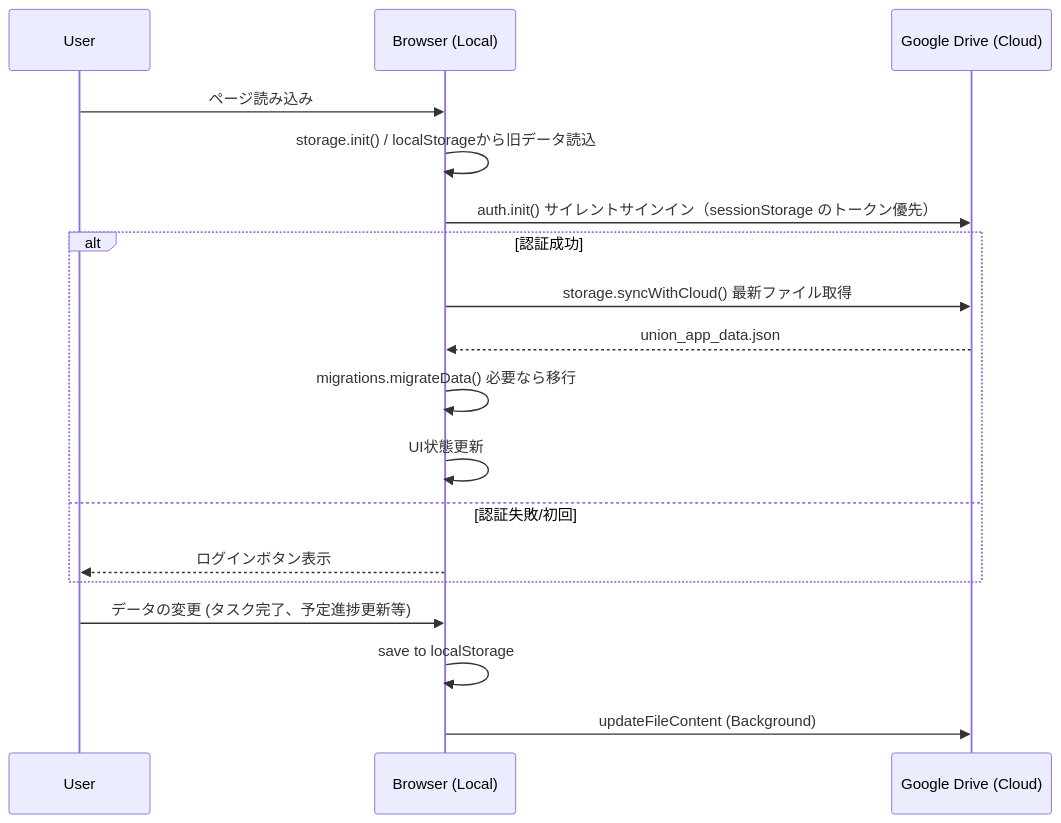
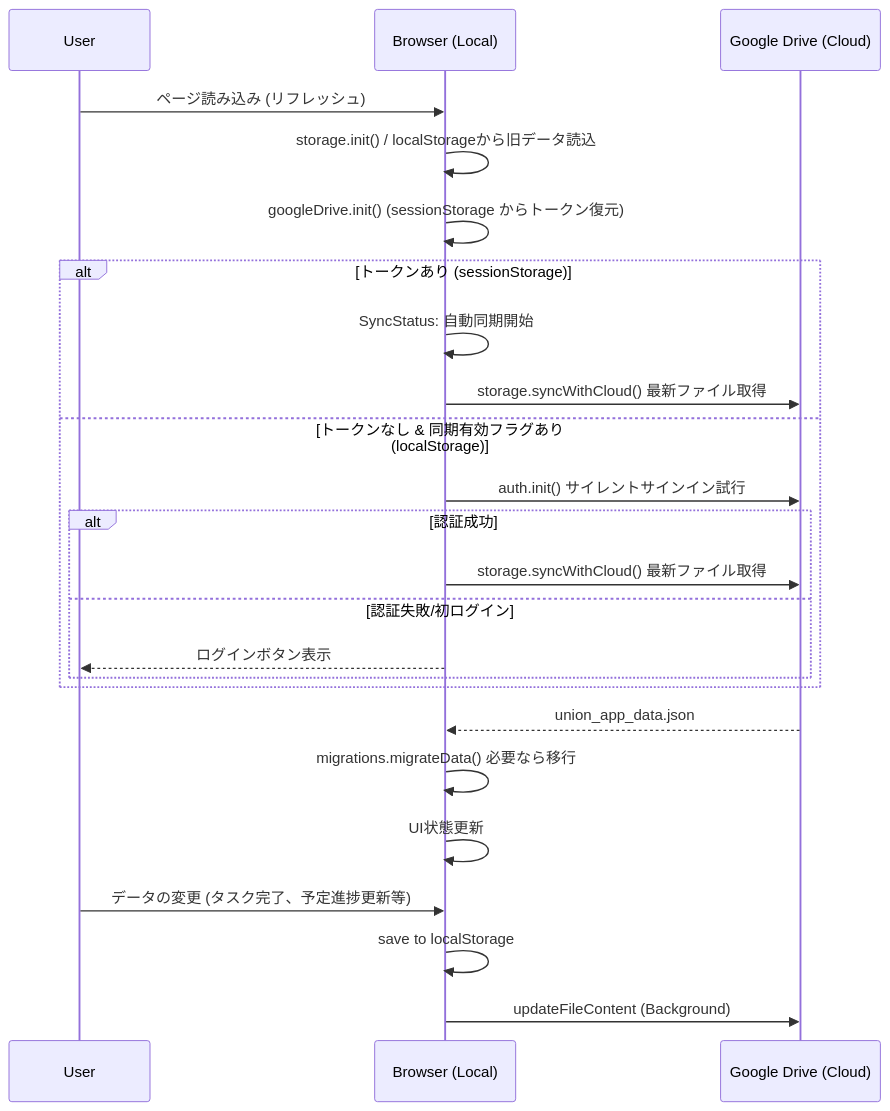
One commit to nimonit1/union-member-activity-manage-app changed the second of 3 diagrams in DESIGN.md. Above: the diagram before and after it, drawn with Mermaid. The commit also changed 6 other files, not shown here.

````diff
--- a/DESIGN.md
+++ b/DESIGN.md
@@ -98,22 +98,28 @@
 ```mermaid
 sequenceDiagram
     participant U as User
     participant B as Browser (Local)
     participant G as Google Drive (Cloud)
     
-    U->>B: ページ読み込み
+    U->>B: ページ読み込み (リフレッシュ)
     B->>B: storage.init() / localStorageから旧データ読込
-    B->>G: auth.init() サイレントサインイン（sessionStorage のトークン優先）
-    alt 認証成功
+    B->>B: googleDrive.init() (sessionStorage からトークン復元)
+    alt トークンあり (sessionStorage)
+        B->>B: SyncStatus: 自動同期開始
         B->>G: storage.syncWithCloud() 最新ファイル取得
-        G-->>B: union_app_data.json
-        B->>B: migrations.migrateData() 必要なら移行
-        B->>B: UI状態更新
-    else 認証失敗/初回
-        B-->>U: ログインボタン表示
+    else トークンなし & 同期有効フラグあり (localStorage)
+        B->>G: auth.init() サイレントサインイン試行
+        alt 認証成功
+            B->>G: storage.syncWithCloud() 最新ファイル取得
+        else 認証失敗/初ログイン
+            B-->>U: ログインボタン表示
+        end
     end
+    G-->>B: union_app_data.json
+    B->>B: migrations.migrateData() 必要なら移行
+    B->>B: UI状態更新
     
     U->>B: データの変更 (タスク完了、予定進捗更新等)
     B->>B: save to localStorage
     B->>G: updateFileContent (Background)
 ```
````
